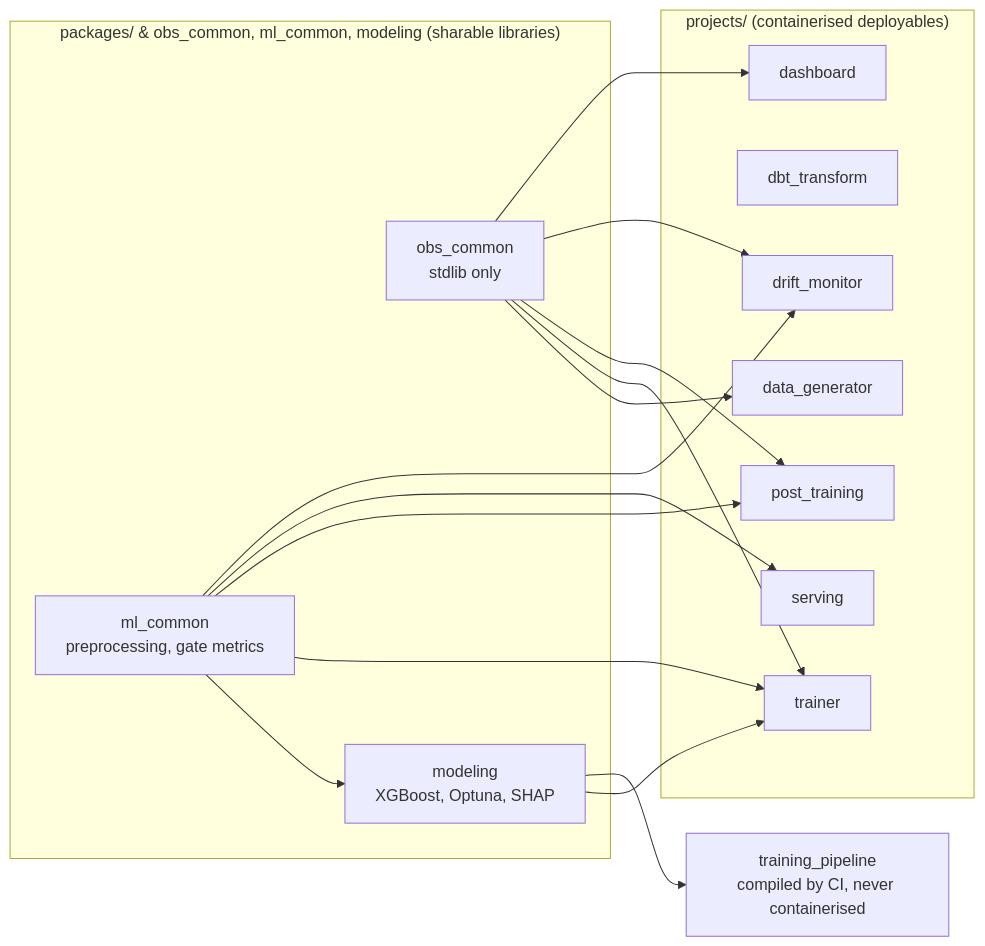
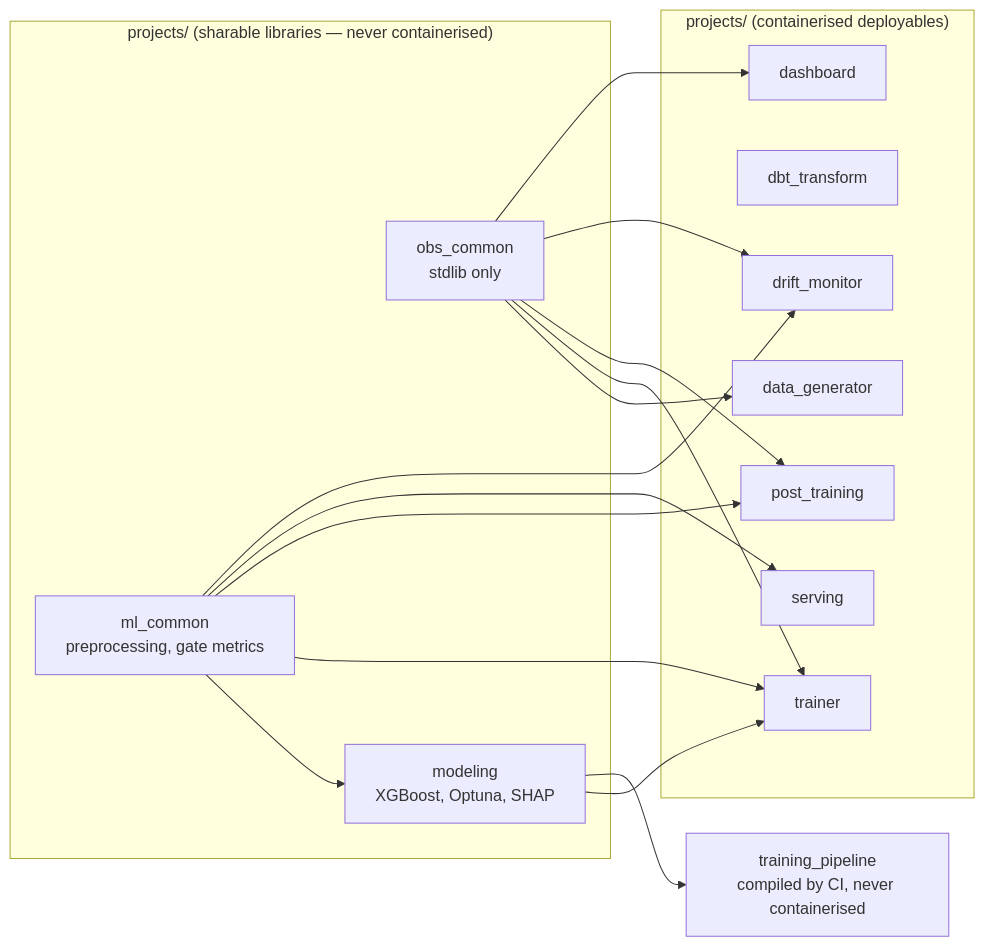
Before and after one commit to marcopellegrinoit/gcp-mlops-customer-churn: the diagram in docs/architecture.md, drawn with Mermaid. The commit also changed other lines of this file and 2 other files, not shown here.

First line of the commit message:
Close the dbt uv.lock hook gap and drop the stale packages/ layout

````diff
--- a/docs/architecture.md
+++ b/docs/architecture.md
@@ -40,36 +40,36 @@
 ```mermaid
 flowchart LR
-    subgraph Packages["packages/ & obs_common, ml_common, modeling (sharable libraries)"]
+    subgraph Packages["projects/ (sharable libraries — never containerised)"]
         OBS[obs_common<br/>stdlib only]
         MLC[ml_common<br/>preprocessing, gate metrics]
         MOD[modeling<br/>XGBoost, Optuna, SHAP]
     end
 
     subgraph Deployables["projects/ (containerised deployables)"]
         DG[data_generator]
         DBT[dbt_transform]
         TR[trainer]
         PT[post_training]
         SV[serving]
         DM[drift_monitor]
         DASH[dashboard]
     end
 
     TP[training_pipeline<br/>compiled by CI, never containerised]
 
     MLC --> MOD
 
     OBS --> DG
     OBS --> TR
     OBS --> PT
     OBS --> DM
     OBS --> DASH
 
     MLC --> TR
     MLC --> PT
     MLC --> SV
     MLC --> DM
 
     MOD --> TR
     MOD --> TP
 ```
````
